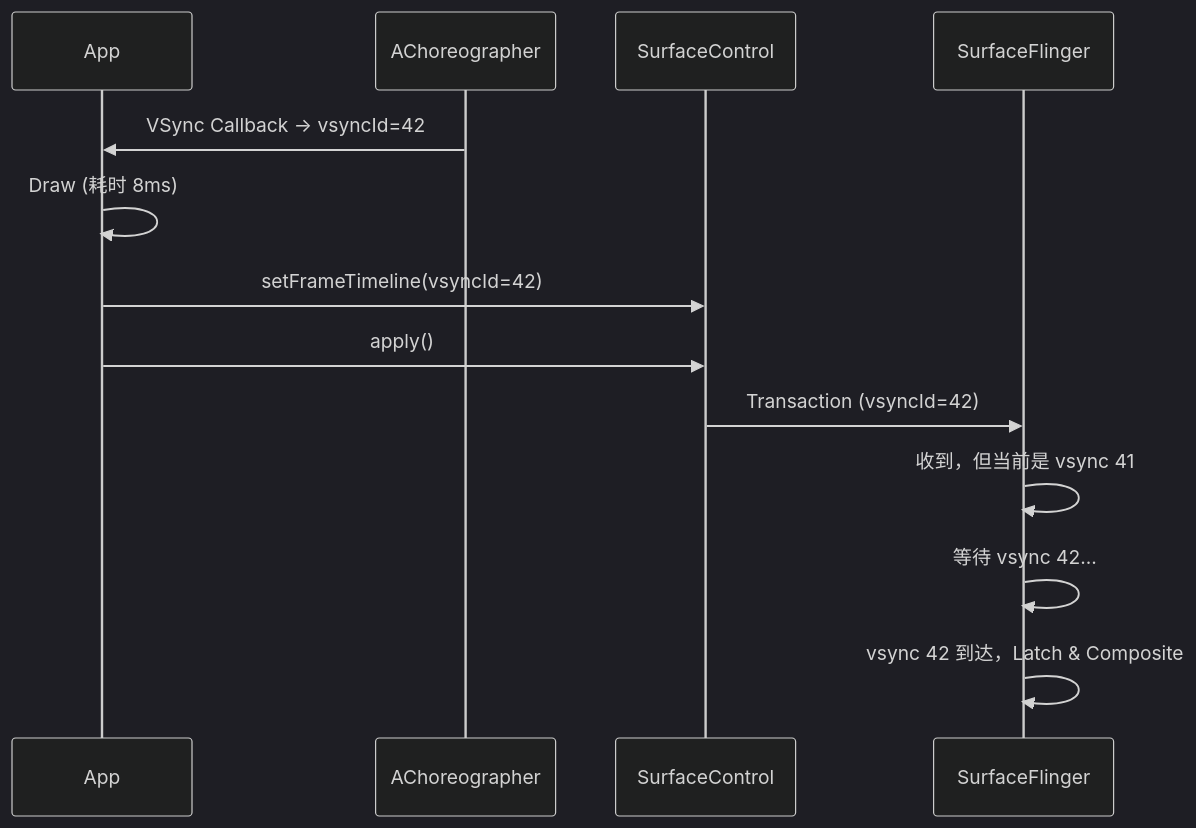
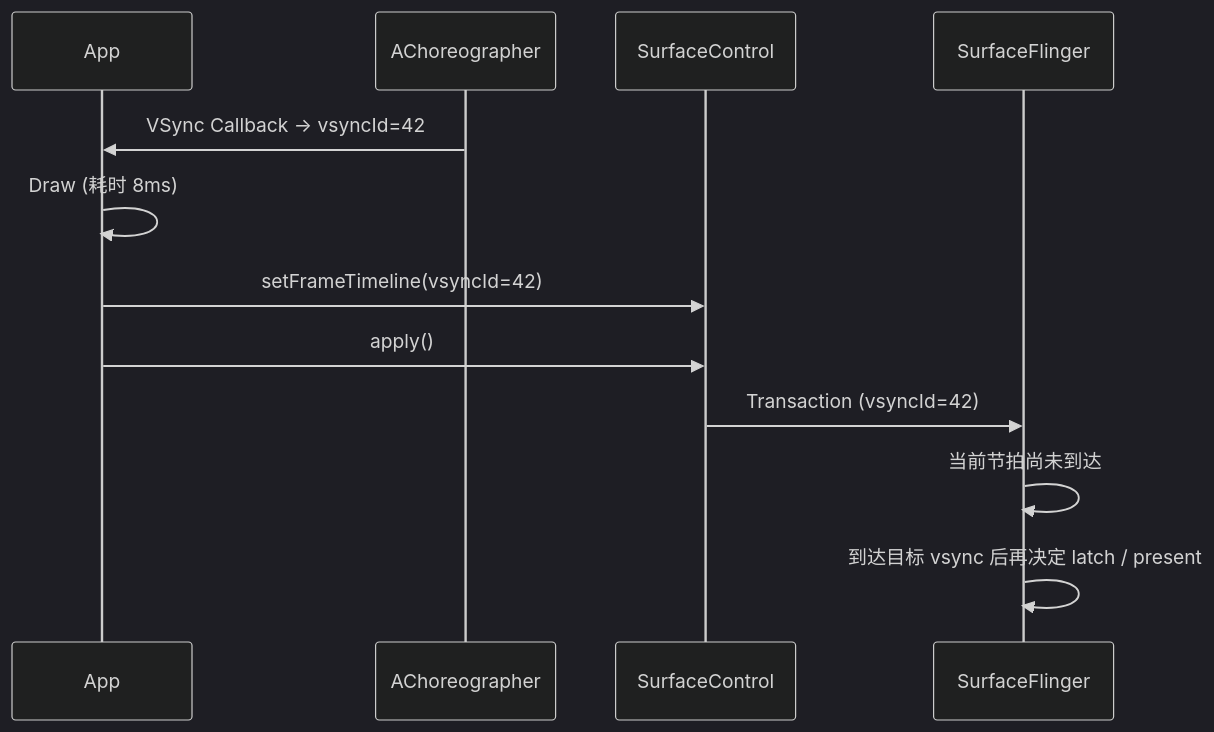
Before and after one commit to Gracker/android-internals-wiki: the second of 2 diagrams in src/part2-performance/ch18-rendering-pipelines/10-surface-control-api.md, drawn with Mermaid (dark theme). The commit also changed other lines of this file and 2 other files, not shown here.

````diff
--- a/src/part2-performance/ch18-rendering-pipelines/10-surface-control-api.md
+++ b/src/part2-performance/ch18-rendering-pipelines/10-surface-control-api.md
@@ -253,17 +252,16 @@
 ```mermaid
 sequenceDiagram
     participant App
     participant Choreo as AChoreographer
     participant SC as SurfaceControl
     participant SF as SurfaceFlinger
 
     Choreo->>App: VSync Callback → vsyncId=42
     App->>App: Draw (耗时 8ms)
     App->>SC: setFrameTimeline(vsyncId=42)
     App->>SC: apply()
-    
+
     SC->>SF: Transaction (vsyncId=42)
-    SF->>SF: 收到，但当前是 vsync 41
-    SF->>SF: 等待 vsync 42...
-    SF->>SF: vsync 42 到达，Latch & Composite
+    SF->>SF: 当前节拍尚未到达
+    SF->>SF: 到达目标 vsync 后再决定 latch / present
 ```
````
